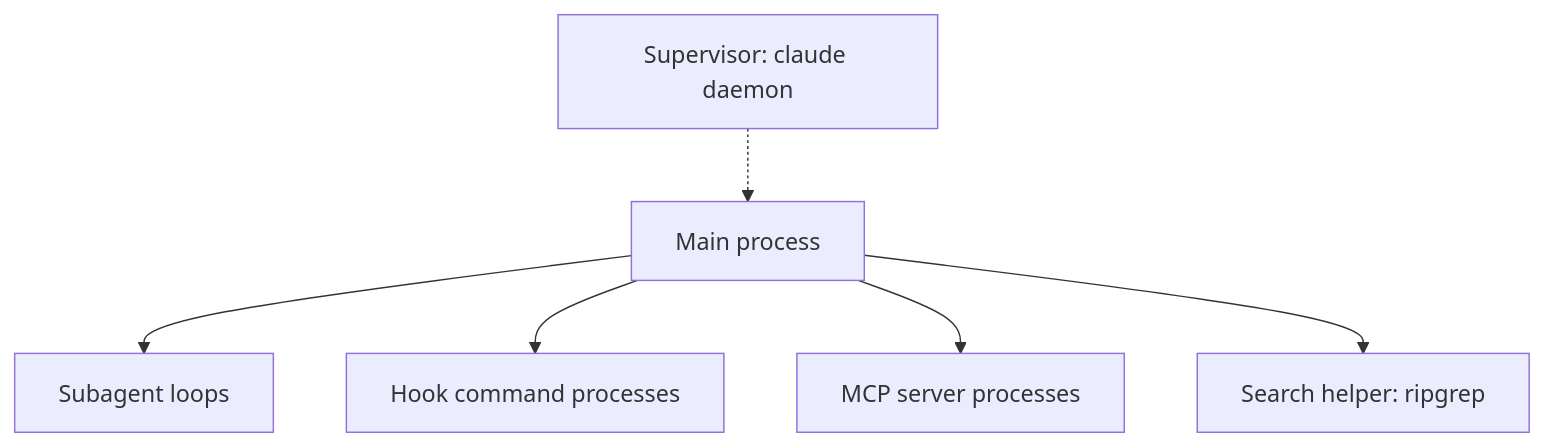
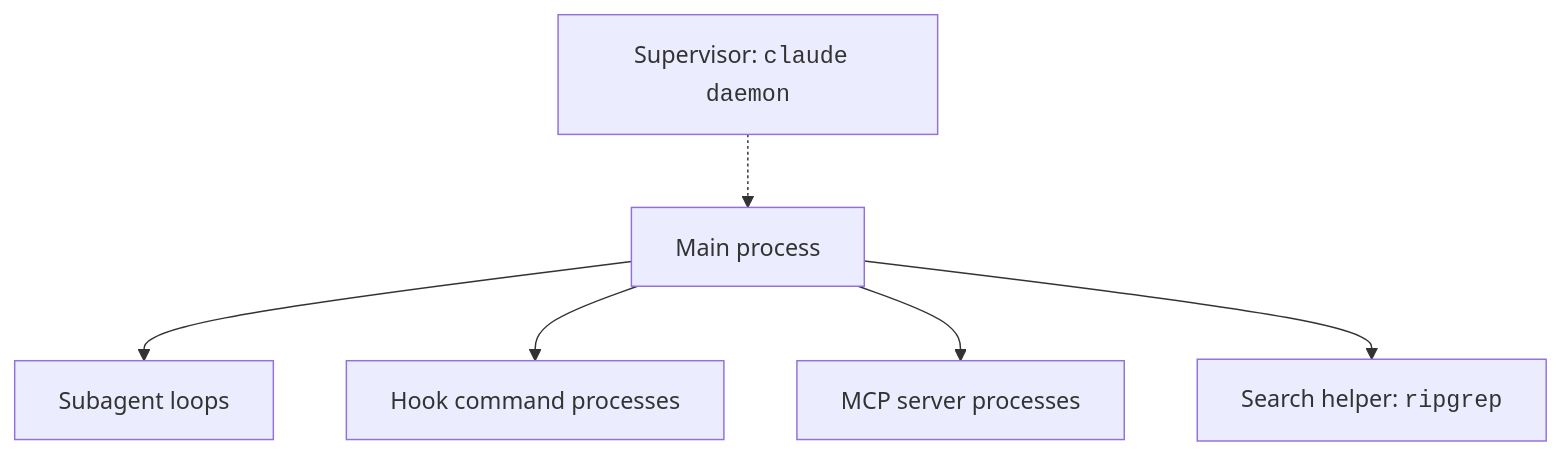
Before and after one commit to xsyetopz/claude-code-docs: the second of 3 diagrams in docs/how-it-works/architecture.md, drawn with Mermaid. The commit also changed other lines of this file and 164 other files, not shown here.

First line of the commit message:
docs: linked citations, yes/no markers, file trees, code in diagrams

````diff
--- a/docs/how-it-works/architecture.md
+++ b/docs/how-it-works/architecture.md
@@ -75,8 +75,8 @@
 ```mermaid
 flowchart TD
   Main[Main process] --> Sub[Subagent loops]
   Main --> Hook[Hook command processes]
   Main --> MCP[MCP server processes]
-  Main --> Rg[Search helper: ripgrep]
-  Sup[Supervisor: claude daemon] -.-> Main
+  Main --> Rg["Search helper: <code>ripgrep</code>"]
+  Sup["Supervisor: <code>claude daemon</code>"] -.-> Main
 ```
````
